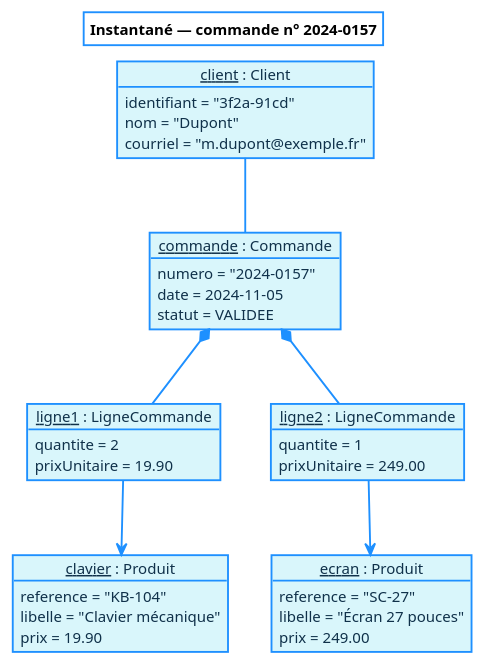
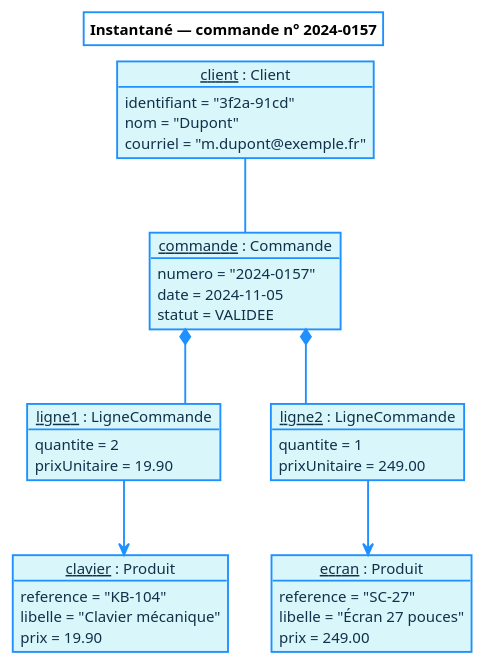
The diagram in templates/02-diagramme-objets.puml (STALKER1709/PLANTUMLStudio), drawn with PlantUML before and after one commit. The commit also changed 16 other files, not shown here.

First line of the commit message:
Trace les connecteurs à angles droits, comme les outils de modélisation

```diff
--- a/templates/02-diagramme-objets.puml
+++ b/templates/02-diagramme-objets.puml
@@ -3,99 +3,103 @@
 @startuml
 title Instantané — commande n° 2024-0157
 
 ' ── Formalisme commun — voir docs/formalisme.md ──────────────────────
 ' Palette : fond cyan clair, bordures et flèches bleues, têtes d'acteurs
 ' en jaune pâle. Les états initiaux et finaux restent des cercles pleins.
 <style>
 root {
   FontName "Segoe UI"
   FontSize 12
   BackGroundColor #FFFFFF
   LineColor #1E90FF
   LineThickness 1.5
 }
 element {
   BackGroundColor #D9F6FB
   LineColor #1E90FF
   FontColor #10314A
 }
 arrow {
   LineColor #1E90FF
   FontColor #333333
 }
 activityDiagram {
   circle {
     BackGroundColor #1E90FF
     LineColor #1E90FF
   }
 }
 stateDiagram {
   circle {
     BackGroundColor #1E90FF
     LineColor #1E90FF
   }
 }
 </style>
 skinparam shadowing false
+' Tracés orthogonaux, comme dans les outils de modélisation classiques.
+' Cette directive exige Graphviz ; le moteur Smetana l'ignore et trace des
+' courbes, sans que le diagramme cesse d'être correct.
+skinparam linetype ortho
 ' Les conteneurs (cadre système, paquetages, nœuds) restent transparents :
 ' seuls les éléments qu'ils portent sont colorés, comme dans le formalisme de
 ' référence.
 skinparam rectangleBackgroundColor transparent
 skinparam packageBackgroundColor transparent
 skinparam nodeBackgroundColor transparent
 skinparam folderBackgroundColor transparent
 skinparam frameBackgroundColor transparent
 skinparam cloudBackgroundColor transparent
 skinparam actorBackgroundColor #FFF6B0
 skinparam actorBorderColor #1E90FF
 ' Marqueurs de visibilité littéraux + - # plutôt que des icônes colorées
 skinparam classAttributeIconSize 0
 ' « Il est représenté par un dossier avec son nom à l'intérieur »
 skinparam packageStyle folder
 ' Pointes de flèches UML strictes : synchrone, asynchrone, retour
 skinparam style strictuml
 
 ' Une instance se nomme « nomInstance : Classe » et son nom est souligné.
 object "client : Client" as client {
   identifiant = "3f2a-91cd"
   nom = "Dupont"
   courriel = "m.dupont@exemple.fr"
 }
 
 object "commande : Commande" as commande {
   numero = "2024-0157"
   date = 2024-11-05
   statut = VALIDEE
 }
 
 object "ligne1 : LigneCommande" as ligne1 {
   quantite = 2
   prixUnitaire = 19.90
 }
 
 object "ligne2 : LigneCommande" as ligne2 {
   quantite = 1
   prixUnitaire = 249.00
 }
 
 object "clavier : Produit" as clavier {
   reference = "KB-104"
   libelle = "Clavier mécanique"
   prix = 19.90
 }
 
 object "ecran : Produit" as ecran {
   reference = "SC-27"
   libelle = "Écran 27 pouces"
   prix = 249.00
 }
 
 ' Les liens sont les instances des associations du diagramme de classes :
 ' ils en reprennent la nature (composition, référence) sans multiplicités.
 client -- commande
 commande *-- ligne1
 commande *-- ligne2
 ligne1 --> clavier
 ligne2 --> ecran
 
 @enduml
```
